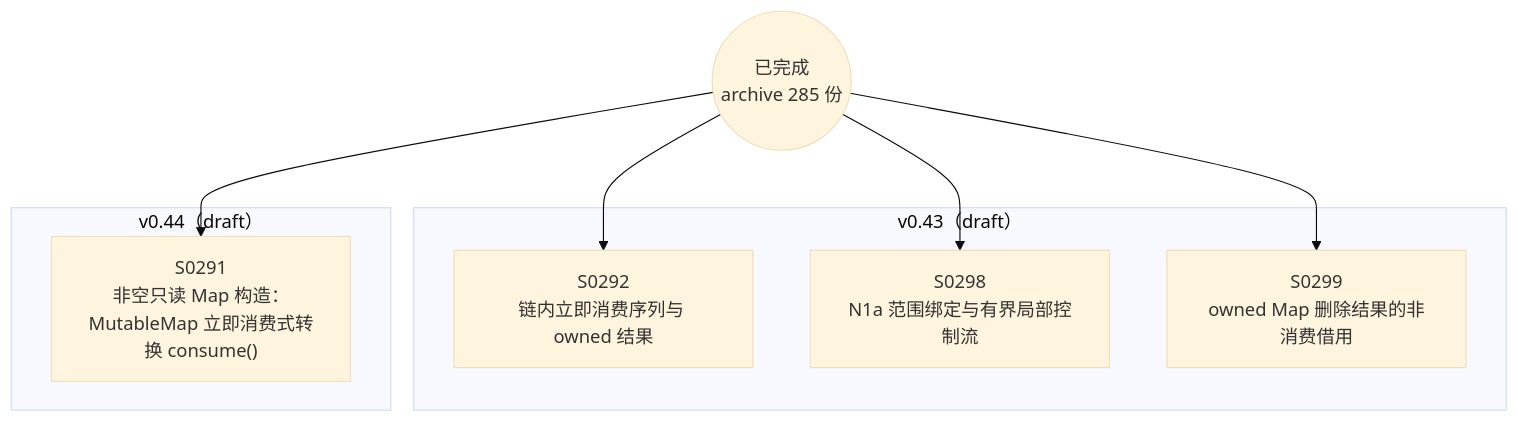
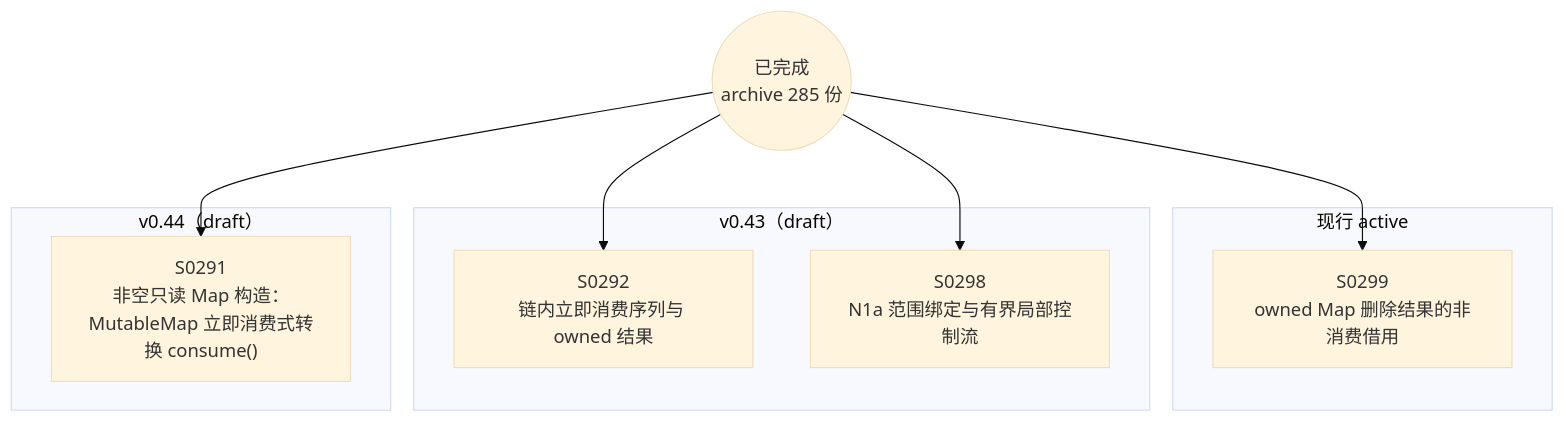
One commit to Halckon/Koven changed the diagram in docs/specs/dependency-graph.md. Above: the diagram before and after it, drawn with Mermaid (base theme). The commit also changed other lines of this file and 9 other files, not shown here.

Commit message:
docs(spec): activate bounded owned Map result borrow (SPEC-0299)

````diff
--- a/docs/specs/dependency-graph.md
+++ b/docs/specs/dependency-graph.md
@@ -9,16 +9,18 @@
 ```mermaid
 flowchart TD
 ARCH(("已完成<br/>archive 285 份"))
+subgraph Gactive["现行 active"]
+  S0299["S0299<br/>owned Map 删除结果的非消费借用"]
+end
 subgraph Gdrafts_v043["v0.43（draft）"]
   S0292["S0292<br/>链内立即消费序列与 owned 结果"]
   S0298["S0298<br/>N1a 范围绑定与有界局部控制流"]
-  S0299["S0299<br/>owned Map 删除结果的非消费借用"]
 end
 subgraph Gdrafts_v044["v0.44（draft）"]
   S0291["S0291<br/>非空只读 Map 构造：MutableMap 立即消费式转换 consume()"]
 end
 ARCH --> S0291
 ARCH --> S0292
 ARCH --> S0298
 ARCH --> S0299
 ```
````
